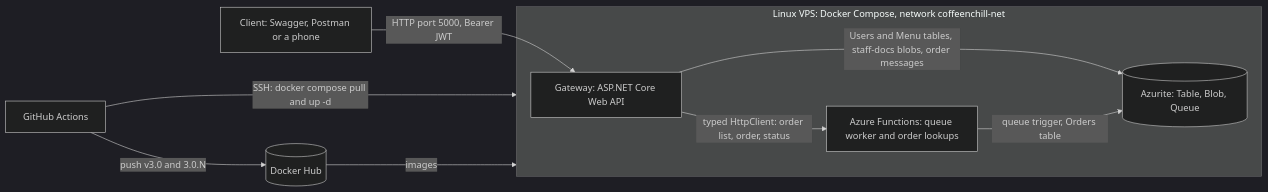
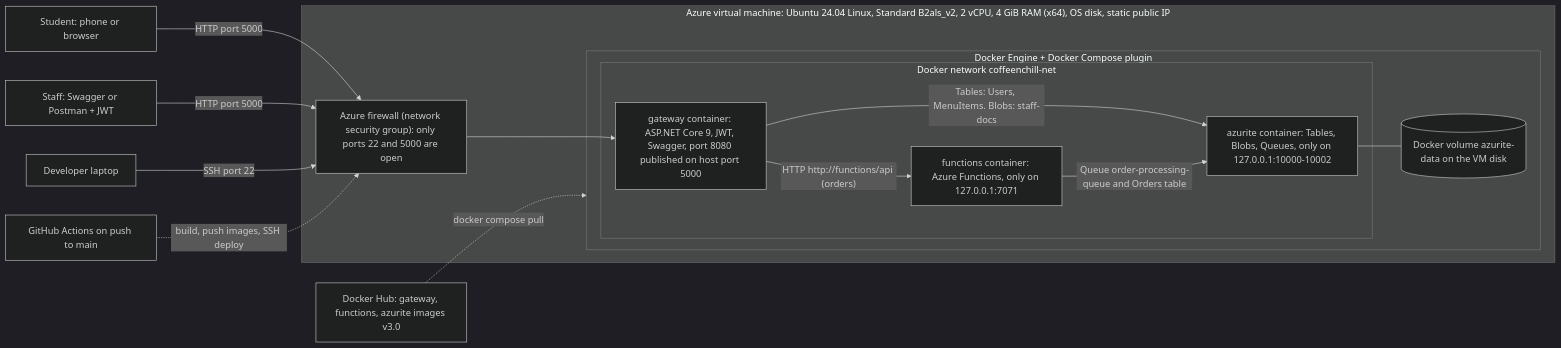
One commit to ST10467645/g1_CLDV6212_POE_Part_3_CoffeeNChill_ArcGroup7 changed the first of 2 diagrams in README.md. Above: the diagram before and after it, drawn with Mermaid (dark theme). The commit also changed other lines of this file, not shown here.

Commit message:
docs: add live links box and VPS hardware architecture diagram to README

````diff
--- a/README.md
+++ b/README.md
@@ -77,12 +88,24 @@
 ```mermaid
 flowchart LR
-  C["Client: Swagger, Postman or a phone"] -->|"HTTP port 5000, Bearer JWT"| G["Gateway: ASP.NET Core Web API"]
-  subgraph VPS["Linux VPS: Docker Compose, network coffeenchill-net"]
-    G -->|"Users and Menu tables, staff-docs blobs, order messages"| A[("Azurite: Table, Blob, Queue")]
-    G -->|"typed HttpClient: order list, order, status"| F["Azure Functions: queue worker and order lookups"]
-    F -->|"queue trigger, Orders table"| A
-  end
-  GH["GitHub Actions"] -->|"push v3.0 and 3.0.N"| DH[("Docker Hub")]
-  GH -->|"SSH: docker compose pull and up -d"| VPS
-  DH -->|"images"| VPS
+    U["Student: phone or browser"] -->|"HTTP port 5000"| NSG
+    S["Staff: Swagger or Postman + JWT"] -->|"HTTP port 5000"| NSG
+    D["Developer laptop"] -->|"SSH port 22"| NSG
+    subgraph VM["Azure virtual machine: Ubuntu 24.04 Linux, Standard B2als_v2, 2 vCPU, 4 GiB RAM (x64), OS disk, static public IP"]
+        NSG["Azure firewall (network security group): only ports 22 and 5000 are open"]
+        subgraph DE["Docker Engine + Docker Compose plugin"]
+            subgraph NET["Docker network coffeenchill-net"]
+                GW["gateway container: ASP.NET Core 9, JWT, Swagger, port 8080 published on host port 5000"]
+                FN["functions container: Azure Functions, only on 127.0.0.1:7071"]
+                AZ["azurite container: Tables, Blobs, Queues, only on 127.0.0.1:10000-10002"]
+            end
+            VOL[("Docker volume azurite-data on the VM disk")]
+        end
+    end
+    NSG --> GW
+    GW -->|"HTTP http://functions/api (orders)"| FN
+    GW -->|"Tables: Users, MenuItems. Blobs: staff-docs"| AZ
+    FN -->|"Queue order-processing-queue and Orders table"| AZ
+    AZ --- VOL
+    HUB["Docker Hub: gateway, functions, azurite images v3.0"] -.->|"docker compose pull"| DE
+    GHA["GitHub Actions on push to main"] -.->|"build, push images, SSH deploy"| NSG
 ```
````
